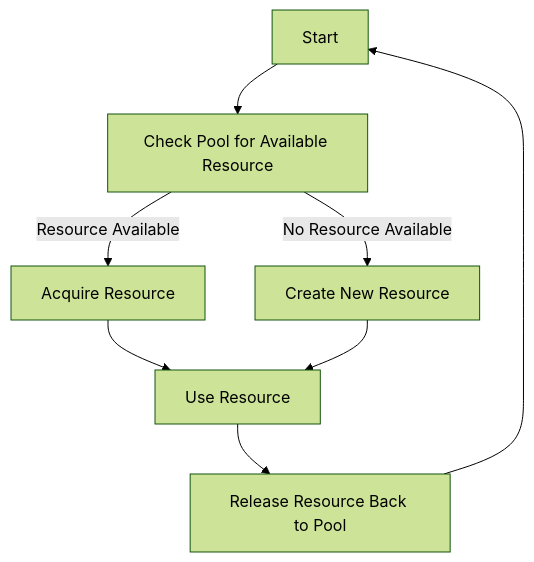
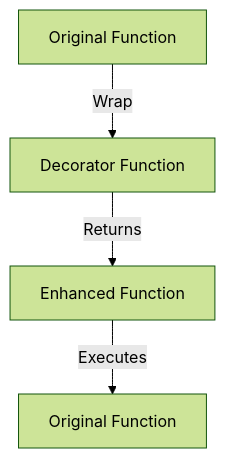
Before and after one commit to MasteryEducation/SoftwarePatternsLexicon.com: the diagram in content/patterns-clojure/7/2/index.md, drawn with Mermaid (forest theme). The commit also changed other lines of this file and 462 other files, not shown here.

````diff
--- a/content/patterns-clojure/7/2/index.md
+++ b/content/patterns-clojure/7/2/index.md
@@ -49,10 +138,6 @@
 ```mermaid
 graph TD;
-    A[Start] --> B[Check Pool for Available Resource];
-    B -->|Resource Available| C[Acquire Resource];
-    B -->|No Resource Available| D[Create New Resource];
-    C --> E[Use Resource];
-    D --> E;
-    E --> F[Release Resource Back to Pool];
-    F --> A;
+    A[Original Function] -->|Wrap| B[Decorator Function];
+    B -->|Returns| C[Enhanced Function];
+    C -->|Executes| D[Original Function];
 ```
````
